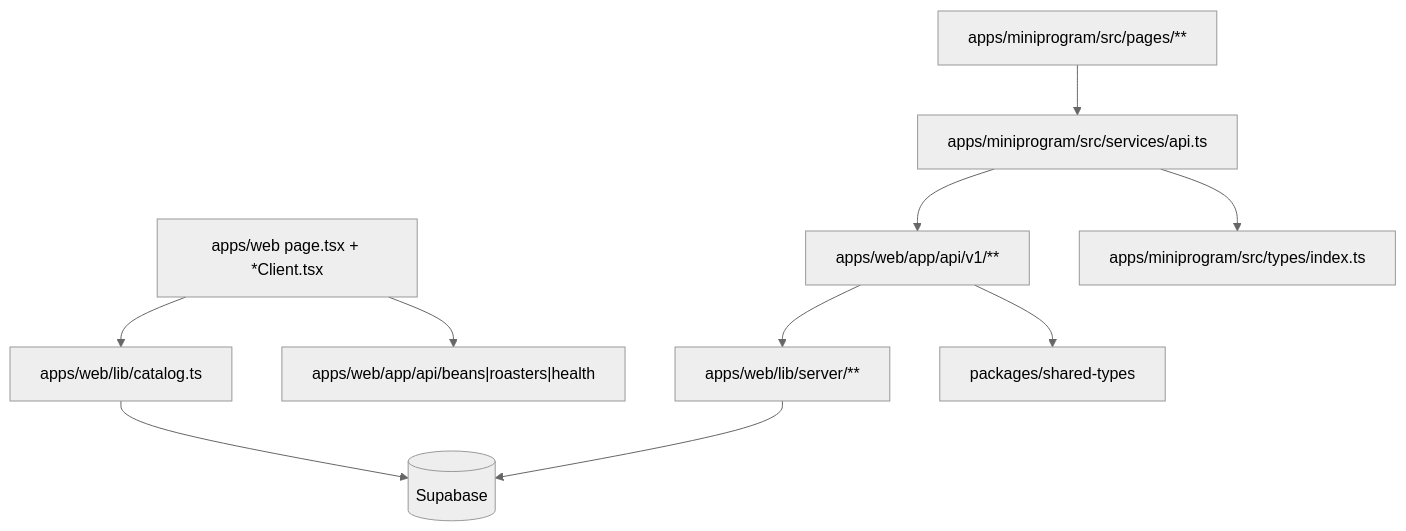
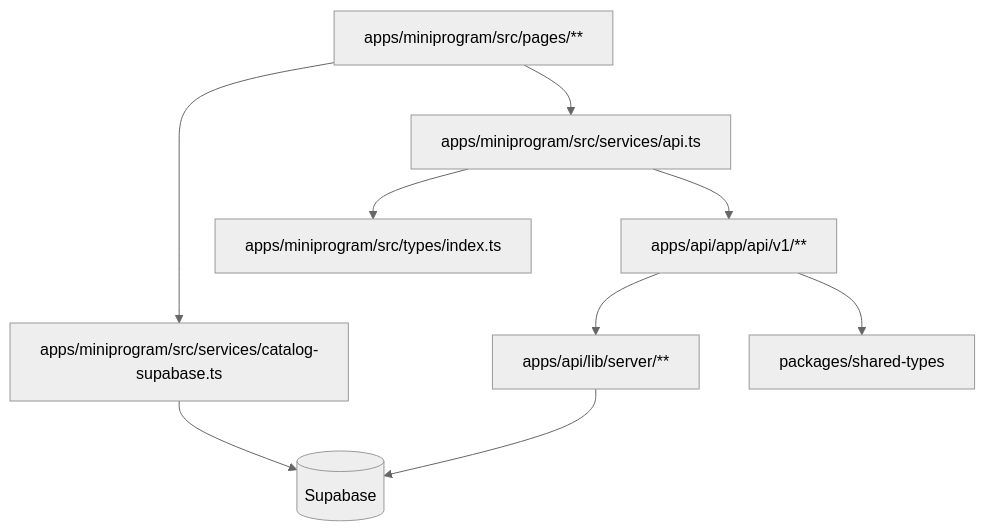
The diagram in .trellis/spec/frontend-architecture.md (Gabriel-Myr/CoffeeAtlas-WEB), drawn with Mermaid (neutral theme) before and after one commit. The commit also changed other lines of this file and 342 other files, not shown here.

````diff
--- a/.trellis/spec/frontend-architecture.md
+++ b/.trellis/spec/frontend-architecture.md
@@ -5,12 +5,11 @@
 ```mermaid
 graph TD
-    WebPage["apps/web page.tsx + *Client.tsx"] --> WebData["apps/web/lib/catalog.ts"]
-    WebPage --> LegacyApi["apps/web/app/api/beans|roasters|health"]
     Mini["apps/miniprogram/src/pages/**"] --> MiniApi["apps/miniprogram/src/services/api.ts"]
-    MiniApi --> V1Api["apps/web/app/api/v1/**"]
-    V1Api --> ServerHelpers["apps/web/lib/server/**"]
-    WebData --> Supabase[(Supabase)]
+    Mini --> MiniCatalog["apps/miniprogram/src/services/catalog-supabase.ts"]
+    MiniCatalog --> Supabase[(Supabase)]
+    MiniApi --> V1Api["apps/api/app/api/v1/**"]
+    V1Api --> ServerHelpers["apps/api/lib/server/**"]
     ServerHelpers --> Supabase
     V1Api --> Shared["packages/shared-types"]
     MiniApi --> LocalTypes["apps/miniprogram/src/types/index.ts"]
 ```
````
